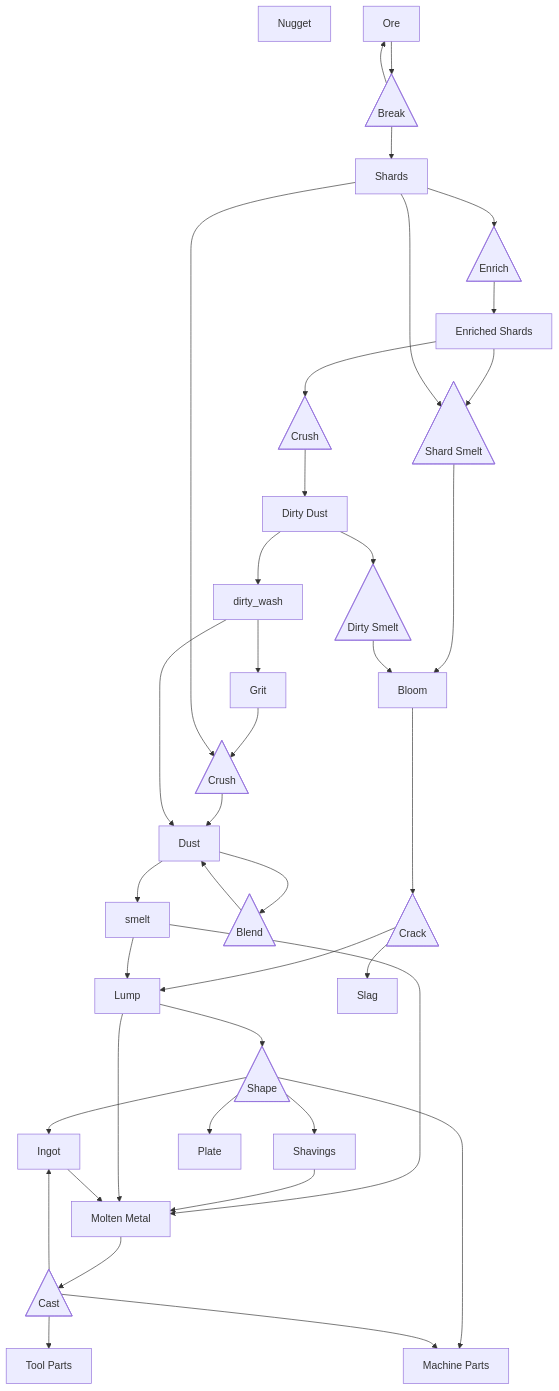
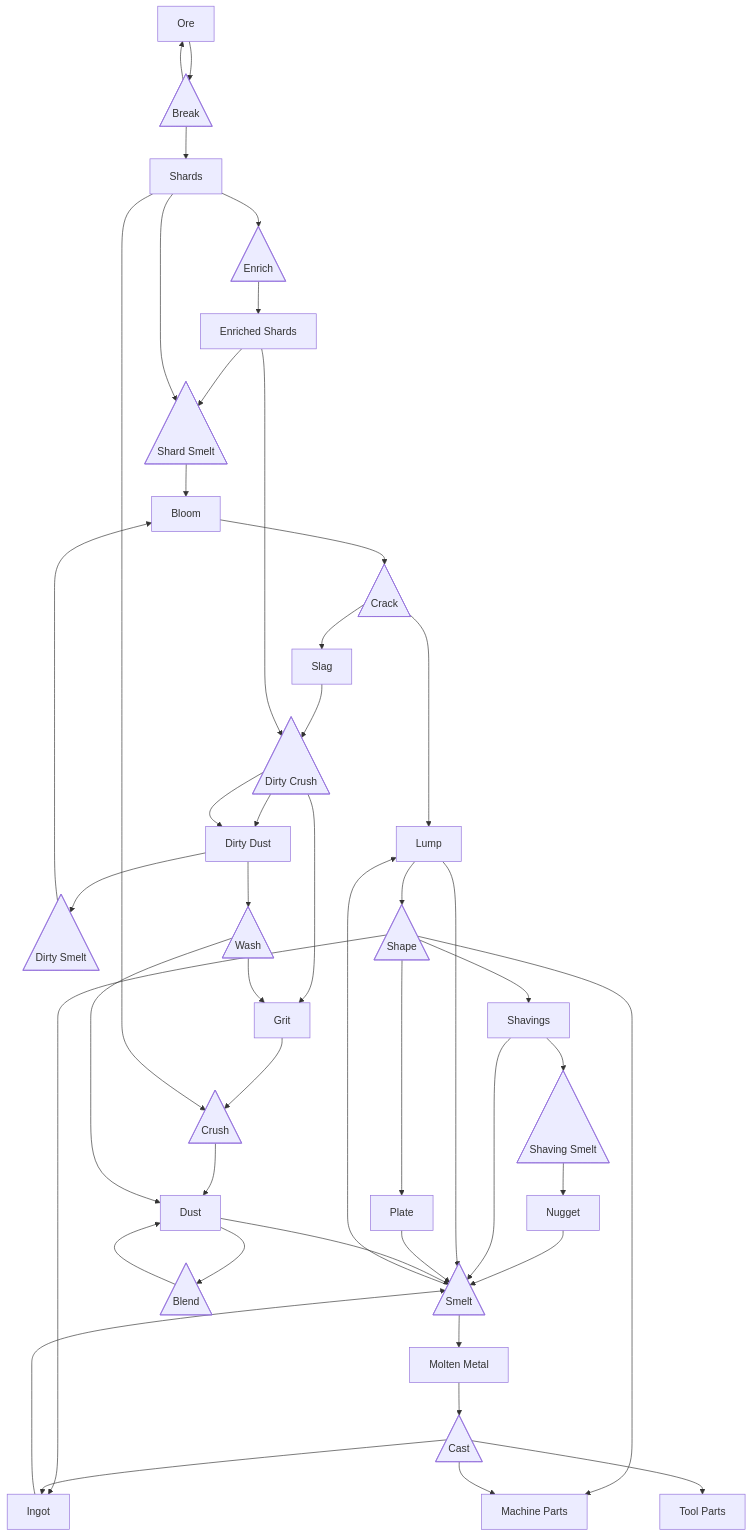
The diagram in mechanics/metallurgy.md (IceDragon200/hsw-docs), drawn with Mermaid before and after one commit.

Commit message:
mechanics: Refine a bit more of the metallurgic process

````diff
--- a/mechanics/metallurgy.md
+++ b/mechanics/metallurgy.md
@@ -3,42 +3,47 @@
 ```mermaid
 flowchart TD
   bloom["Bloom"]
   dust["Dust"]
   dirty_dust["Dirty Dust"]
   ingot["Ingot"]
   lump["Lump"]
   nugget["Nugget"]
   ore["Ore"]
   shards["Shards"]
   enriched_shards["Enriched Shards"]
   shavings["Shavings"]
   slag["Slag"]
   molten_metal["Molten Metal"]
   grit["Grit"]
   machine_parts["Machine Parts"]
   tool_parts["Tool Parts"]
   plate["Plate"]
 
   break@{shape: tri, label: "Break"}
   crack@{shape: tri, label: "Crack"}
   crush@{shape: tri, label: "Crush"}
-  dirty_crush@{shape: tri, label: "Crush"}
+  dirty_crush@{shape: tri, label: "Dirty Crush"}
+  smelt@{shape: tri, label: "Smelt"}
   dirty_smelt@{shape: tri, label: "Dirty Smelt"}
   shard_smelt@{shape: tri, label: "Shard Smelt"}
+  shaving_smelt@{shape: tri, label: "Shaving Smelt"}
   shape@{shape: tri, label: "Shape"}
   cast@{shape: tri, label: "Cast"}
   enrich@{shape: tri, label: "Enrich"}
   blend@{shape: tri, label: "Blend"}
+  wash@{shape: tri, label: "Wash"}
 
   ore --> break --> shards & ore
   grit & shards --> crush --> dust
   enriched_shards & shards --> shard_smelt --> bloom --> crack --> lump & slag
-  shards --> enrich --> enriched_shards --> dirty_crush --> dirty_dust --> dirty_wash --> dust & grit
+  slag --> dirty_crush --> grit & dirty_dust
+  shards --> enrich --> enriched_shards --> dirty_crush --> dirty_dust --> wash --> dust & grit
 
   dust --> blend --> dust
-  dust --> smelt --> lump & molten_metal
+  nugget & shavings & lump & ingot & plate & dust --> smelt --> lump & molten_metal
   dirty_dust --> dirty_smelt --> bloom
 
   lump --> shape --> ingot & plate & machine_parts & shavings
-  shavings & lump & ingot --> molten_metal --> cast --> ingot & tool_parts & machine_parts
+  shavings --> shaving_smelt --> nugget
+  molten_metal --> cast --> ingot & tool_parts & machine_parts
 ```
````
